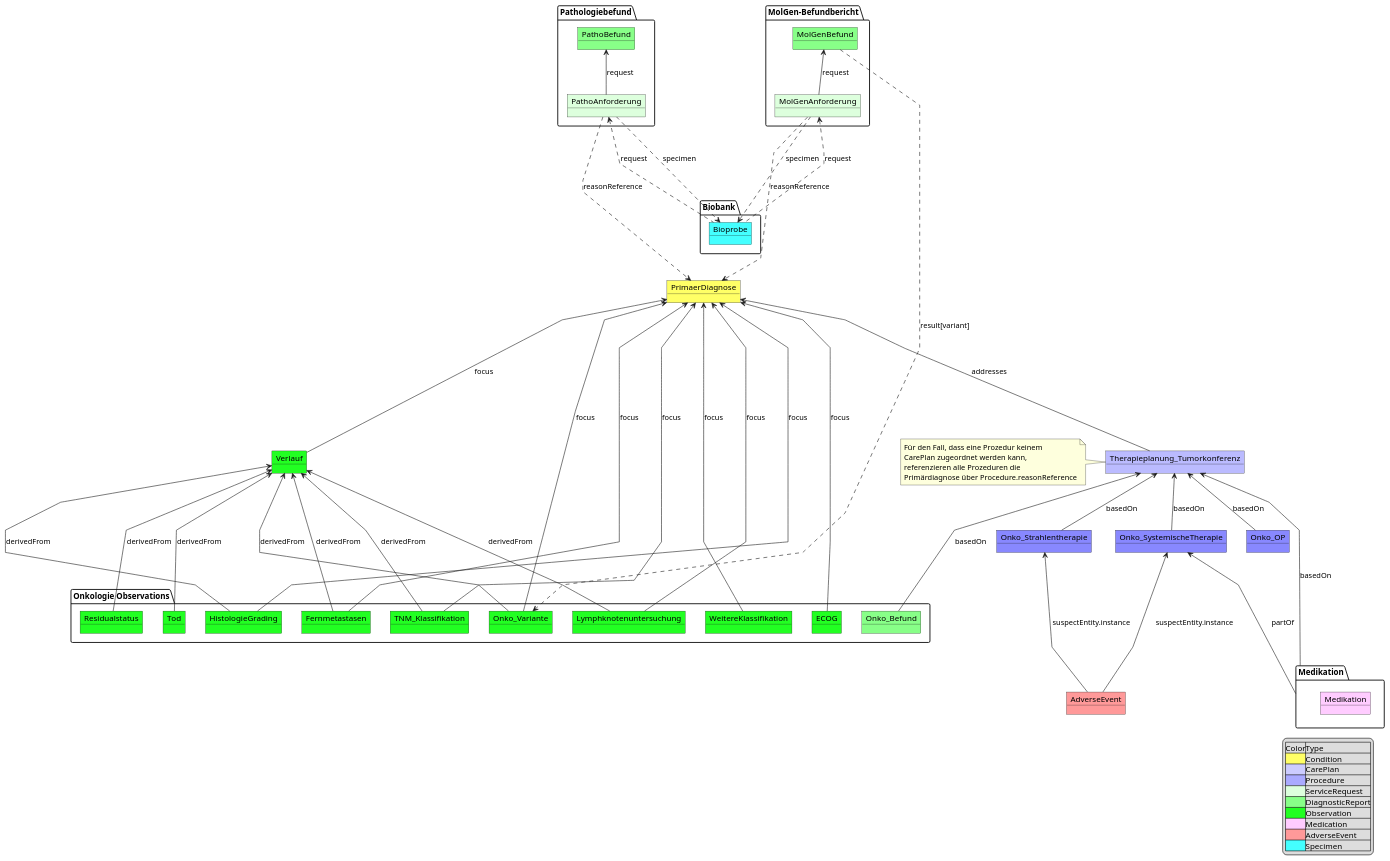
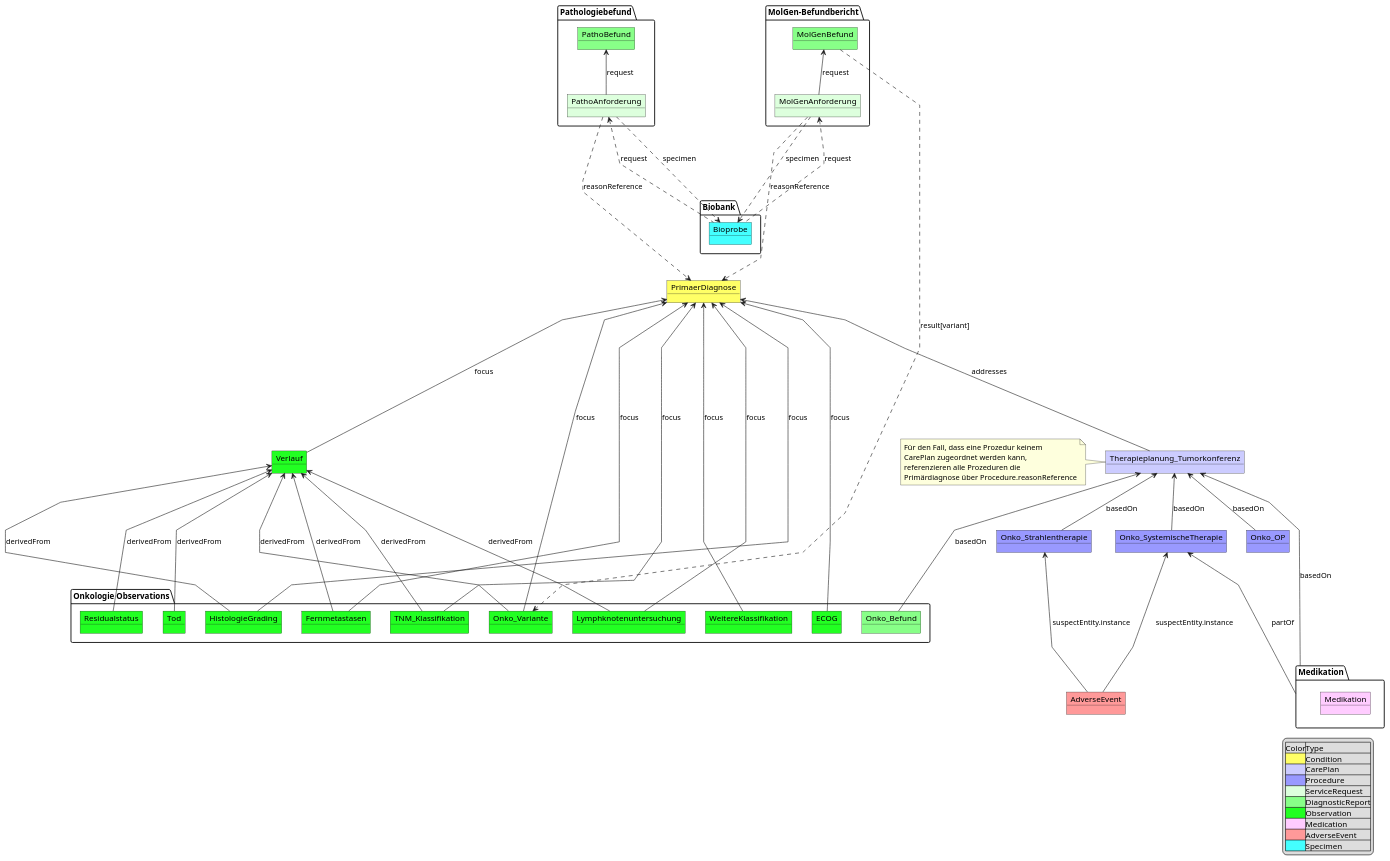
Before and after one commit to medizininformatik-initiative/kerndatensatzmodul-onkologie: the diagram in information_model/MII_Onko_UML_Relations.pu, drawn with PlantUML. The commit also changed 8 other files, not shown here.

```diff
--- a/information_model/MII_Onko_UML_Relations.pu
+++ b/information_model/MII_Onko_UML_Relations.pu
@@ -3,102 +3,102 @@
 @startuml MII KDS Erweiterungsmodul Onkologie
 skinparam linetype polyline
-object Onko_OP #8888FF
-object Onko_Strahlentherapie #8888FF
-object Onko_SystemischeTherapie #8888FF
-object Therapieplanung_Tumorkonferenz #BBBBFF
+object Onko_OP #9999FF
+object Onko_Strahlentherapie #9999FF
+object Onko_SystemischeTherapie #9999FF
+object Therapieplanung_Tumorkonferenz #CCCCFF
 note left of Therapieplanung_Tumorkonferenz 
   Für den Fall, dass eine Prozedur keinem 
   CarePlan zugeordnet werden kann,
   referenzieren alle Prozeduren die 
   Primärdiagnose über Procedure.reasonReference
 end note
 
 Therapieplanung_Tumorkonferenz <-- Onko_OP: basedOn 
 Therapieplanung_Tumorkonferenz <-- Onko_Strahlentherapie: basedOn
 Therapieplanung_Tumorkonferenz <-- Onko_SystemischeTherapie: basedOn
 package "Medikation" {
     object Medikation #FFCCFF
 }
 Onko_SystemischeTherapie <--- Medikation : partOf 
 Therapieplanung_Tumorkonferenz <--- Medikation: basedOn
 object PrimaerDiagnose #FFFF66
 
 package "Onkologie Observations"{
     object Onko_Variante #22FF22
     object Fernmetastasen #22FF22
     object TNM_Klassifikation #22FF22
     object WeitereKlassifikation #22FF22 
     object Lymphknotenuntersuchung #22FF22
     object HistologieGrading #22FF22
     object Residualstatus #22FF22
     object ECOG #22FF22
     object Tod #22FF22
     object Onko_Befund #88FF88
 
 }
 
 PrimaerDiagnose <--- TNM_Klassifikation: focus
 PrimaerDiagnose <---  Therapieplanung_Tumorkonferenz : addresses
 PrimaerDiagnose <--- Lymphknotenuntersuchung: focus
 PrimaerDiagnose <--- HistologieGrading :focus
 PrimaerDiagnose <--- Onko_Variante :focus
 PrimaerDiagnose <--- WeitereKlassifikation: focus
 PrimaerDiagnose <--- ECOG :focus
 PrimaerDiagnose <--- Fernmetastasen :focus
 
 Therapieplanung_Tumorkonferenz <--- Onko_Befund  : basedOn
 
 object Verlauf #22FF22
 PrimaerDiagnose <----  Verlauf : focus
 Verlauf <--- Tod: derivedFrom
 Verlauf <--- TNM_Klassifikation:  derivedFrom
 Verlauf <---  Lymphknotenuntersuchung : derivedFrom
 Verlauf <---  HistologieGrading : derivedFrom
 Verlauf <--- Fernmetastasen: derivedFrom
 Verlauf <--- Residualstatus:  derivedFrom
 Verlauf <--- Onko_Variante: derivedFrom
 
 package "Pathologiebefund" {
     object PathoAnforderung #DDFFDD
     object PathoBefund #88FF88
 }
 PathoBefund <-- PathoAnforderung : request
 
 
 package "MolGen-Befundbericht" {
     object MolGenAnforderung #DDFFDD
     object MolGenBefund #88FF88
 }
 MolGenBefund <-- MolGenAnforderung: request
 
 package "Biobank" {
     object Bioprobe #44FFFF
 }
 
 MolGenBefund ....> Onko_Variante: result[variant]
 PathoAnforderung  ....> PrimaerDiagnose : reasonReference
 MolGenAnforderung ....> PrimaerDiagnose: reasonReference
 PathoAnforderung ...> Bioprobe: specimen
 PathoAnforderung <... Bioprobe: request
 MolGenAnforderung ...> Bioprobe: specimen
 MolGenAnforderung <... Bioprobe: request
 
 object AdverseEvent #FF9999
 Onko_SystemischeTherapie <--- AdverseEvent: suspectEntity.instance
 Onko_Strahlentherapie <--- AdverseEvent: suspectEntity.instance
 
 legend right 
 |Color|Type|
 |<#FFFF66>|Condition|
 |<#CCCCFF>|CarePlan|
-|<#AAAAFF>|Procedure|
+|<#9999FF>|Procedure|
 |<#DDFFDD>|ServiceRequest|
 |<#88FF88>|DiagnosticReport|
 |<#22FF22>|Observation|
 |<#FFCCFF>|Medication|
 |<#FF9999>|AdverseEvent|
 |<#44FFFF>|Specimen|
 endlegend
 
 
 @enduml
```
